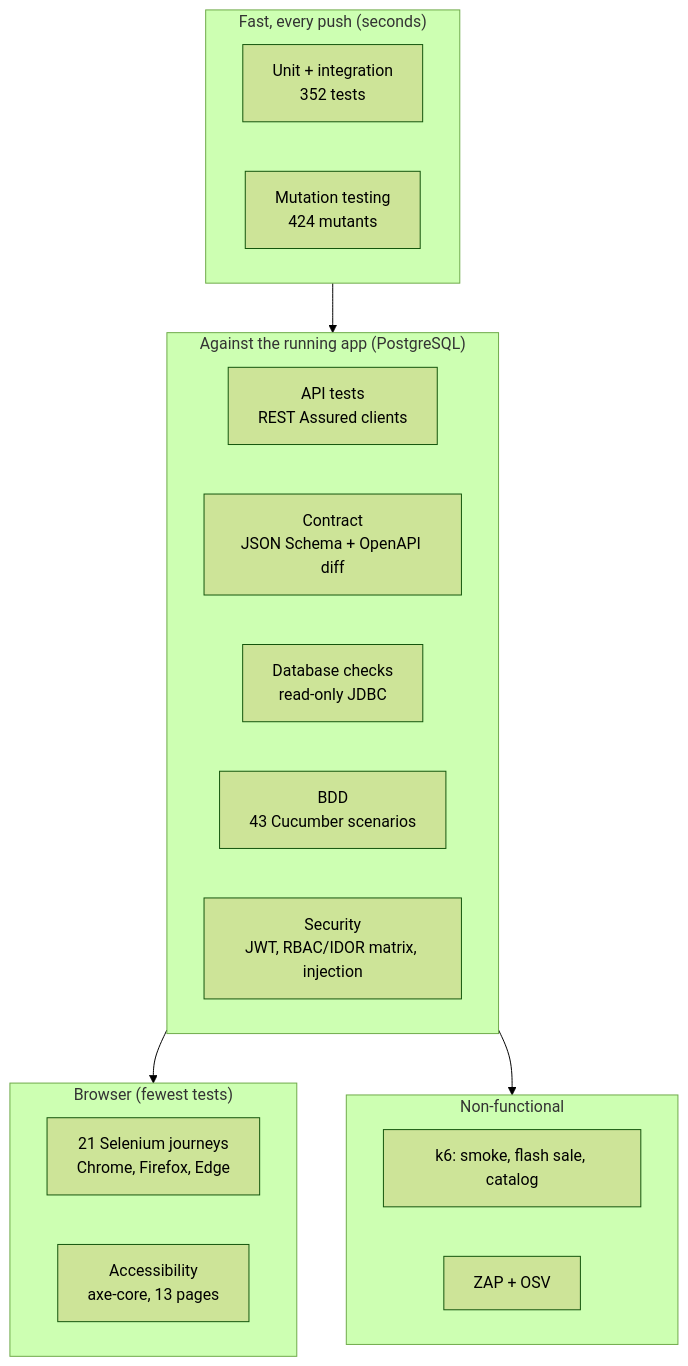
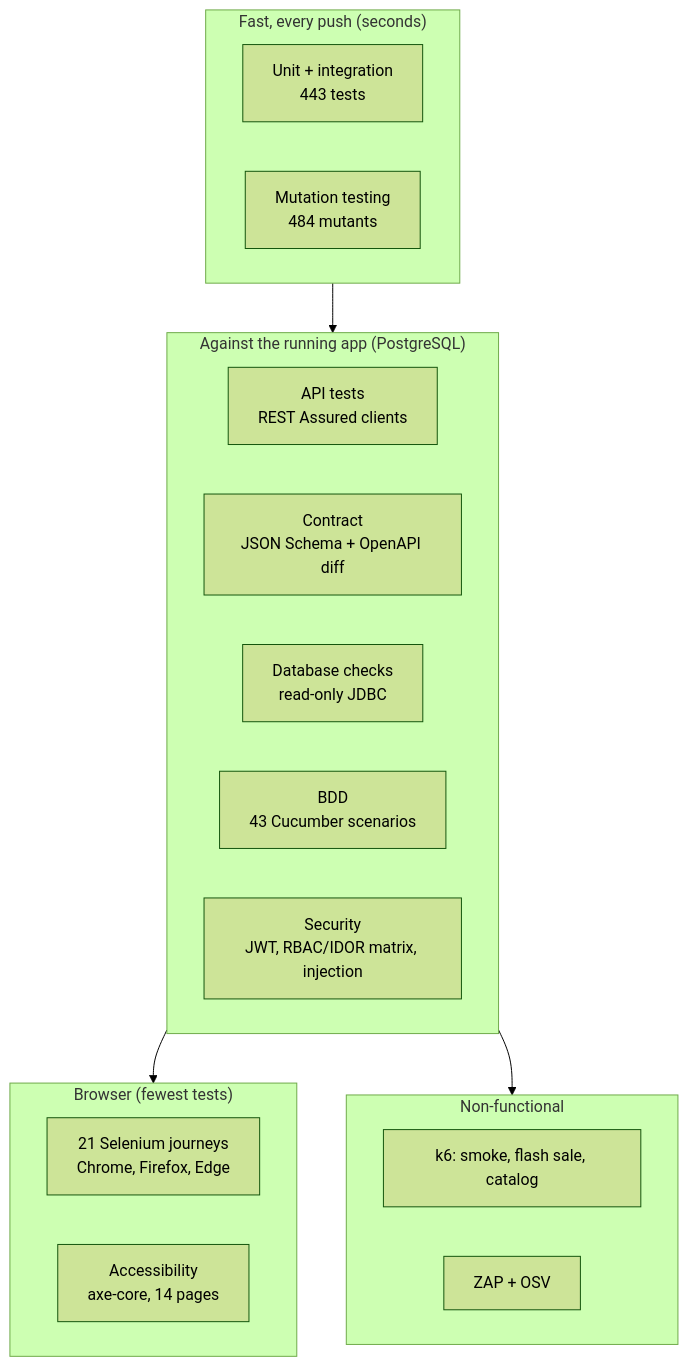
One commit to rbchy/RbcTcsWorld changed the first of 2 diagrams in README.md. Above: the diagram before and after it, drawn with Mermaid (forest theme). The commit also changed other lines of this file and 1 other file, not shown here.

First line of the commit message:
README and test summary: 758 tests, 98.1 % / 93.4 % coverage, 91.9 % mutation, 78 requirements, 14 a11y pages

````diff
--- a/README.md
+++ b/README.md
@@ -69,24 +69,24 @@
 ```mermaid
 flowchart TB
   subgraph fast["Fast, every push (seconds)"]
-    U["Unit + integration<br/>352 tests"]
-    M["Mutation testing<br/>424 mutants"]
+    U["Unit + integration<br/>443 tests"]
+    M["Mutation testing<br/>484 mutants"]
   end
   subgraph service["Against the running app (PostgreSQL)"]
     A["API tests<br/>REST Assured clients"]
     C["Contract<br/>JSON Schema + OpenAPI diff"]
     D["Database checks<br/>read-only JDBC"]
     B["BDD<br/>43 Cucumber scenarios"]
     S["Security<br/>JWT, RBAC/IDOR matrix, injection"]
   end
   subgraph ui["Browser (fewest tests)"]
     W["21 Selenium journeys<br/>Chrome, Firefox, Edge"]
-    X["Accessibility<br/>axe-core, 13 pages"]
+    X["Accessibility<br/>axe-core, 14 pages"]
   end
   subgraph nonfunc["Non-functional"]
     K["k6: smoke, flash sale, catalog"]
     Z["ZAP + OSV"]
   end
   fast --> service --> ui
   service --> nonfunc
 ```
````
